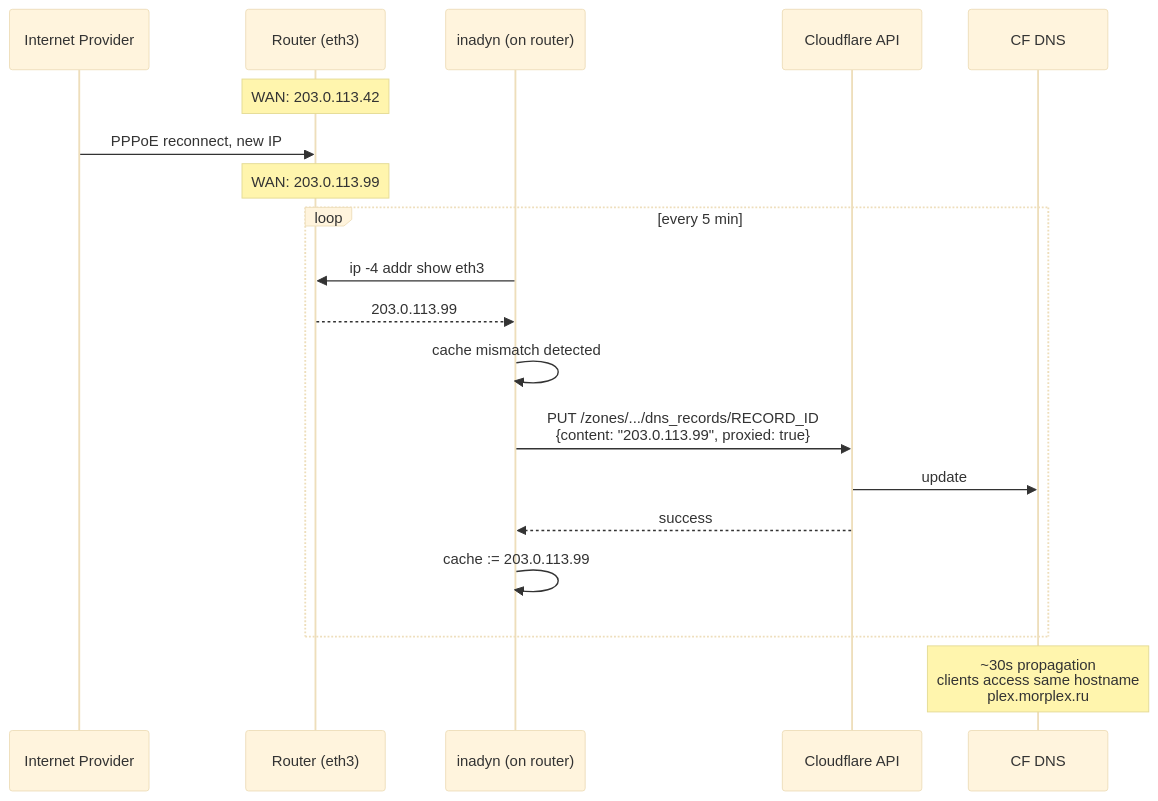
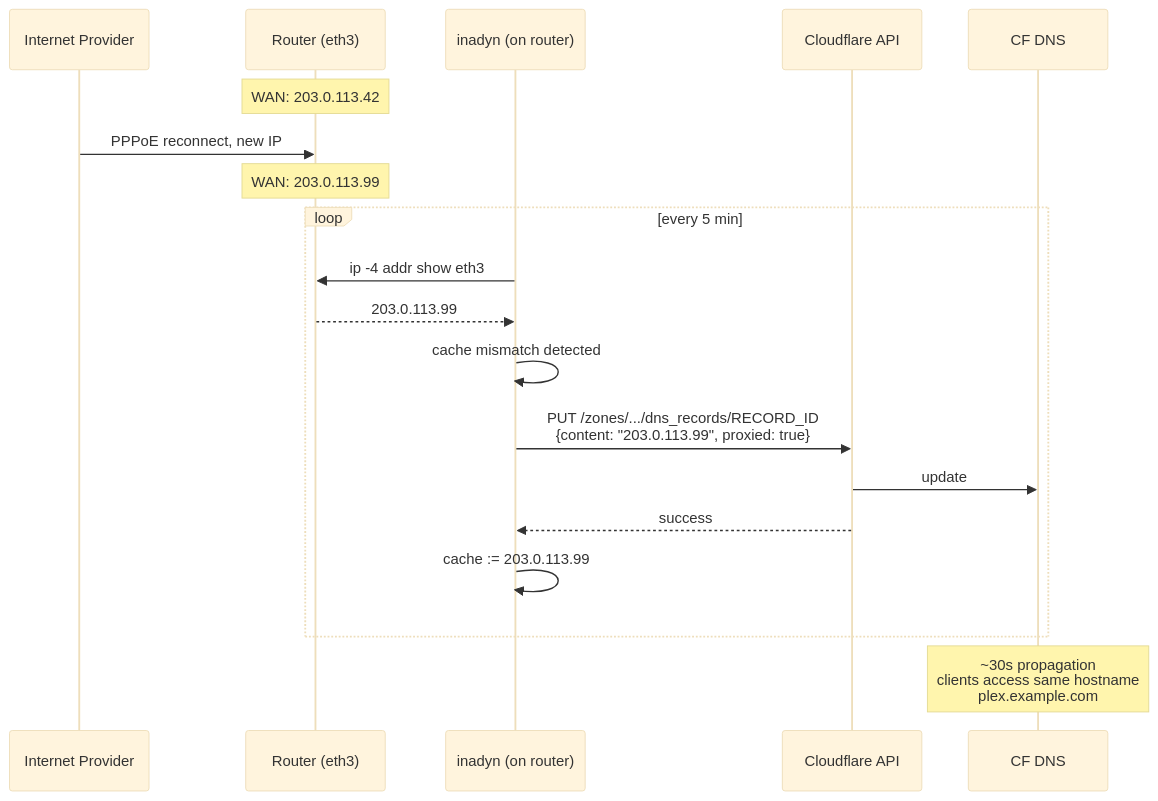
The ninth of 13 diagrams in ARCHITECTURE.md (KiMorev/tg-torrent-bot), drawn with Mermaid (base theme) before and after one commit. The commit also changed other lines of this file and 2 other files, not shown here.

Commit message:
Mask personal Plex domain in docs

````diff
--- a/ARCHITECTURE.md
+++ b/ARCHITECTURE.md
@@ -363,24 +363,24 @@
 ```mermaid
 sequenceDiagram
     participant ISP as Internet Provider
     participant R as Router (eth3)
     participant I as inadyn (on router)
     participant CF as Cloudflare API
     participant DNS as CF DNS
 
     Note over R: WAN: 203.0.113.42
     ISP->>R: PPPoE reconnect, new IP
     Note over R: WAN: 203.0.113.99
 
     loop every 5 min
         I->>R: ip -4 addr show eth3
         R-->>I: 203.0.113.99
         I->>I: cache mismatch detected
         I->>CF: PUT /zones/.../dns_records/RECORD_ID<br/>{content: "203.0.113.99", proxied: true}
         CF->>DNS: update
         CF-->>I: success
         I->>I: cache := 203.0.113.99
     end
 
-    Note over DNS: ~30s propagation<br/>clients access same hostname<br/>plex.morplex.ru
+    Note over DNS: ~30s propagation<br/>clients access same hostname<br/>plex.example.com
 ```
````
